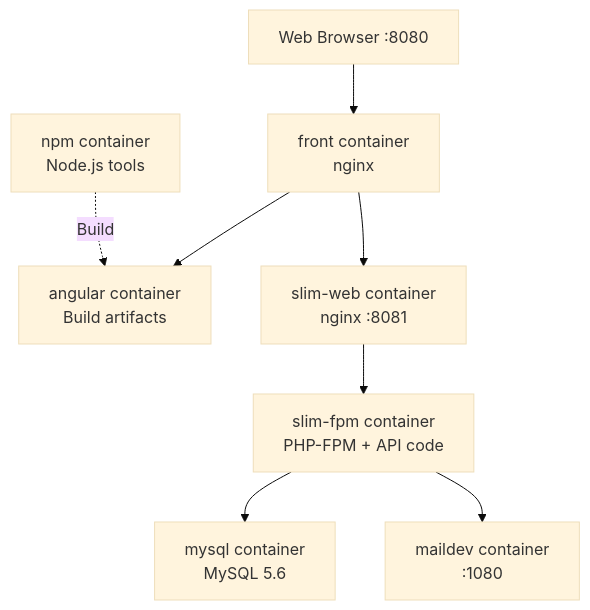
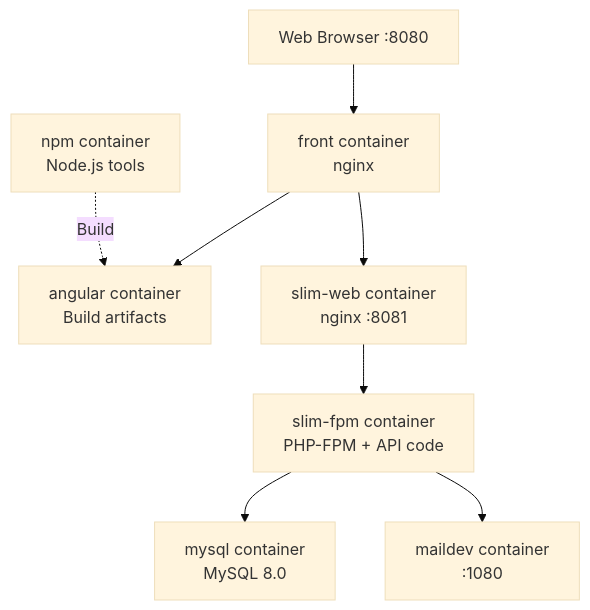
Before and after one commit to mleguen/tkdo: the diagram in docs/dev-setup.md, drawn with Mermaid (base theme). The commit also changed other lines of this file and 10 other files, not shown here.

````diff
--- a/docs/dev-setup.md
+++ b/docs/dev-setup.md
@@ -241,10 +241,10 @@
 ```mermaid
 graph TB
     Browser[Web Browser :8080] --> Front[front container<br/>nginx]
     Front --> Angular[angular container<br/>Build artifacts]
     Front --> SlimWeb[slim-web container<br/>nginx :8081]
     SlimWeb --> SlimFPM[slim-fpm container<br/>PHP-FPM + API code]
-    SlimFPM --> MySQL[mysql container<br/>MySQL 5.6]
+    SlimFPM --> MySQL[mysql container<br/>MySQL 8.0]
     SlimFPM --> MailDev[maildev container<br/>:1080]
     npm[npm container<br/>Node.js tools] -.->|Build| Angular
 ```
````
